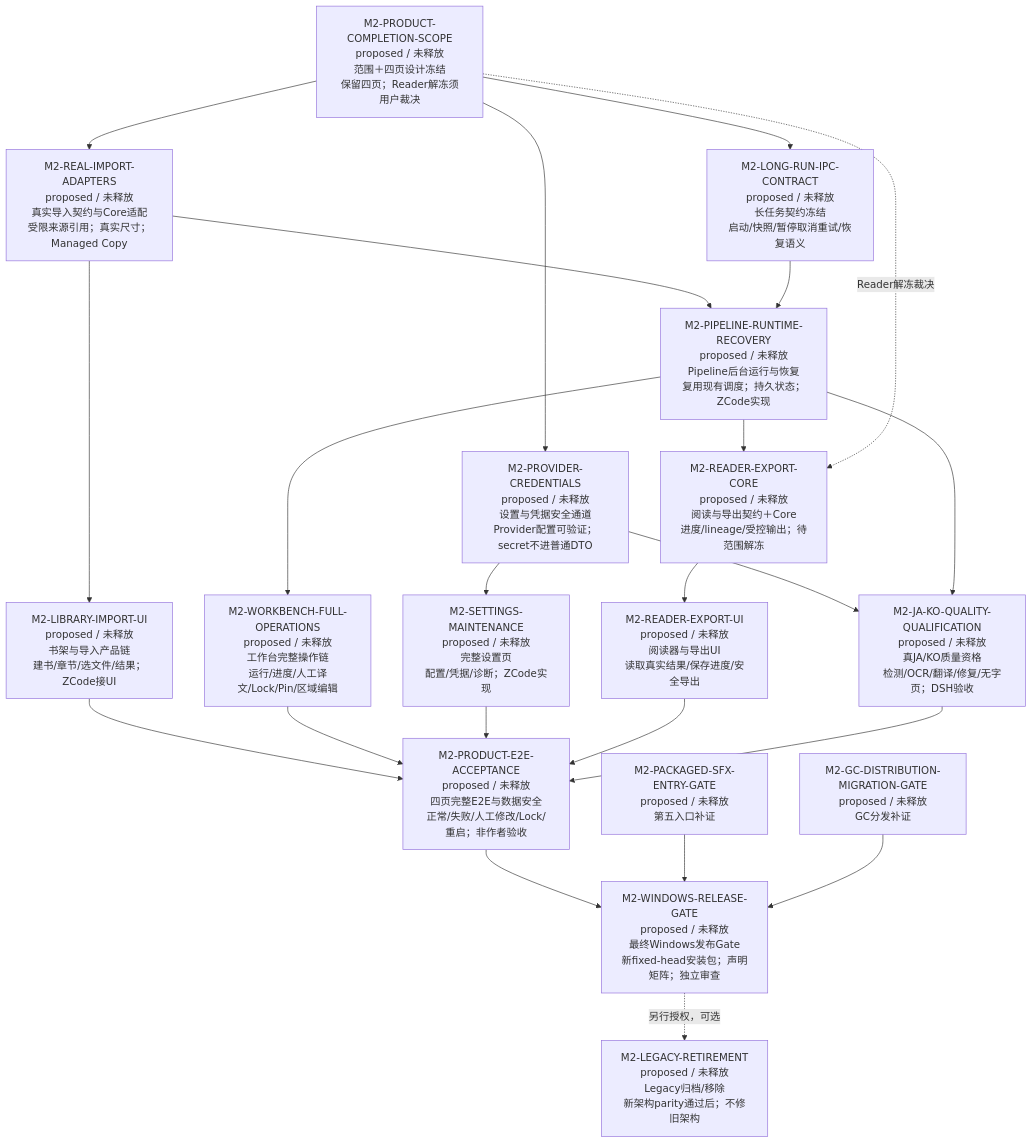
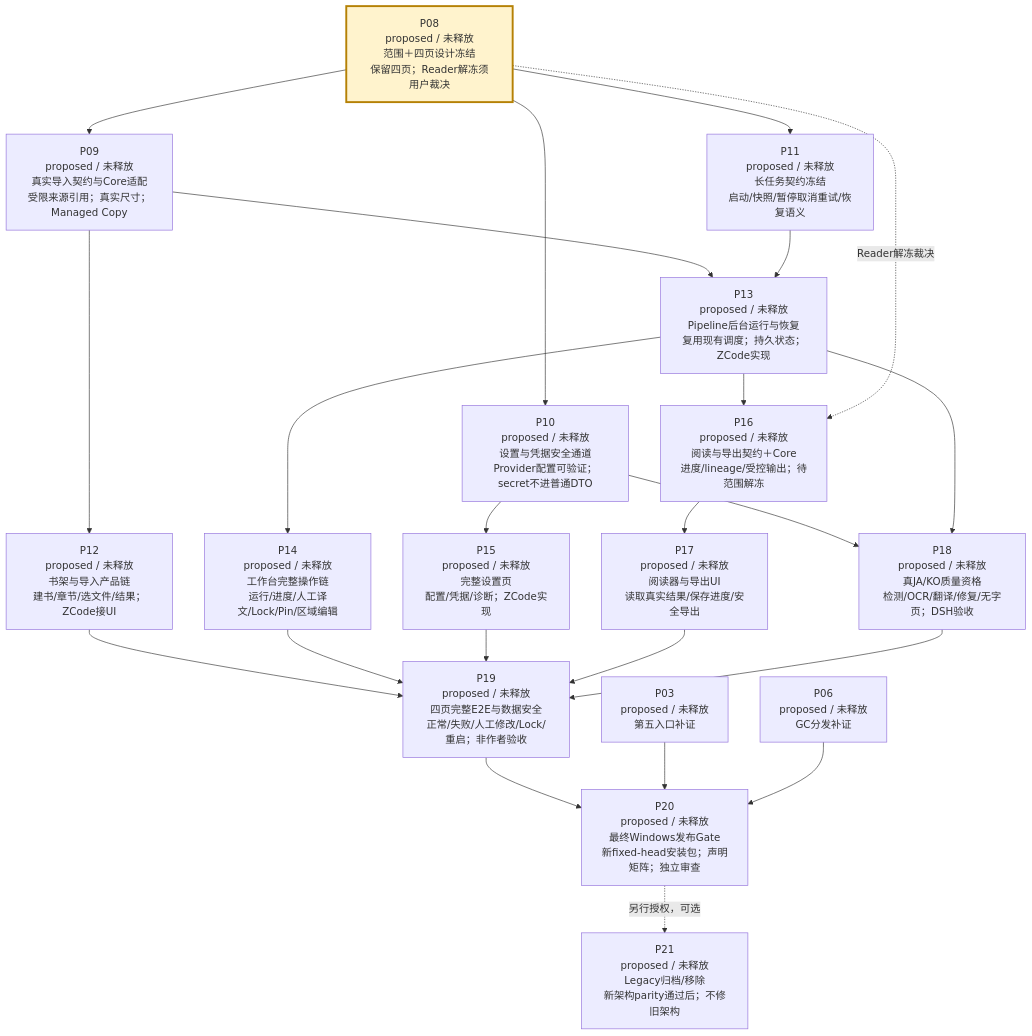
One commit to peakwheat-pixel/New-Manga changed the third of 4 diagrams in verification/PROJECT-ROADMAP-20261008/ROADMAP.md. Above: the diagram before and after it, drawn with Mermaid. The commit also changed other lines of this file and 8 other files, not shown here.

Commit message:
docs: restore consecutive P roadmap numbering and progress markers

````diff
--- a/verification/PROJECT-ROADMAP-20261008/ROADMAP.md
+++ b/verification/PROJECT-ROADMAP-20261008/ROADMAP.md
@@ -42,25 +45,26 @@
 ```mermaid
 flowchart TB
-  M2-PRODUCT-COMPLETION-SCOPE["M2-PRODUCT-COMPLETION-SCOPE<br/>proposed / 未释放<br/>范围＋四页设计冻结<br/>保留四页；Reader解冻须用户裁决"] --> M2-REAL-IMPORT-ADAPTERS["M2-REAL-IMPORT-ADAPTERS<br/>proposed / 未释放<br/>真实导入契约与Core适配<br/>受限来源引用；真实尺寸；Managed Copy"]
-  M2-PRODUCT-COMPLETION-SCOPE --> M2-PROVIDER-CREDENTIALS["M2-PROVIDER-CREDENTIALS<br/>proposed / 未释放<br/>设置与凭据安全通道<br/>Provider配置可验证；secret不进普通DTO"]
-  M2-PRODUCT-COMPLETION-SCOPE --> M2-LONG-RUN-IPC-CONTRACT["M2-LONG-RUN-IPC-CONTRACT<br/>proposed / 未释放<br/>长任务契约冻结<br/>启动/快照/暂停取消重试/恢复语义"]
-  M2-REAL-IMPORT-ADAPTERS --> M2-LIBRARY-IMPORT-UI["M2-LIBRARY-IMPORT-UI<br/>proposed / 未释放<br/>书架与导入产品链<br/>建书/章节/选文件/结果；ZCode接UI"]
-  M2-REAL-IMPORT-ADAPTERS --> M2-PIPELINE-RUNTIME-RECOVERY["M2-PIPELINE-RUNTIME-RECOVERY<br/>proposed / 未释放<br/>Pipeline后台运行与恢复<br/>复用现有调度；持久状态；ZCode实现"]
-  M2-LONG-RUN-IPC-CONTRACT --> M2-PIPELINE-RUNTIME-RECOVERY
-  M2-PIPELINE-RUNTIME-RECOVERY --> M2-WORKBENCH-FULL-OPERATIONS["M2-WORKBENCH-FULL-OPERATIONS<br/>proposed / 未释放<br/>工作台完整操作链<br/>运行/进度/人工译文/Lock/Pin/区域编辑"]
-  M2-PROVIDER-CREDENTIALS --> M2-SETTINGS-MAINTENANCE["M2-SETTINGS-MAINTENANCE<br/>proposed / 未释放<br/>完整设置页<br/>配置/凭据/诊断；ZCode实现"]
-  M2-PIPELINE-RUNTIME-RECOVERY --> M2-READER-EXPORT-CORE["M2-READER-EXPORT-CORE<br/>proposed / 未释放<br/>阅读与导出契约＋Core<br/>进度/lineage/受控输出；待范围解冻"]
-  M2-PRODUCT-COMPLETION-SCOPE -. "Reader解冻裁决" .-> M2-READER-EXPORT-CORE
-  M2-READER-EXPORT-CORE --> M2-READER-EXPORT-UI["M2-READER-EXPORT-UI<br/>proposed / 未释放<br/>阅读器与导出UI<br/>读取真实结果/保存进度/安全导出"]
-  M2-PROVIDER-CREDENTIALS --> M2-JA-KO-QUALITY-QUALIFICATION["M2-JA-KO-QUALITY-QUALIFICATION<br/>proposed / 未释放<br/>真JA/KO质量资格<br/>检测/OCR/翻译/修复/无字页；DSH验收"]
-  M2-PIPELINE-RUNTIME-RECOVERY --> M2-JA-KO-QUALITY-QUALIFICATION
-  M2-LIBRARY-IMPORT-UI --> M2-PRODUCT-E2E-ACCEPTANCE["M2-PRODUCT-E2E-ACCEPTANCE<br/>proposed / 未释放<br/>四页完整E2E与数据安全<br/>正常/失败/人工修改/Lock/重启；非作者验收"]
-  M2-WORKBENCH-FULL-OPERATIONS --> M2-PRODUCT-E2E-ACCEPTANCE
-  M2-SETTINGS-MAINTENANCE --> M2-PRODUCT-E2E-ACCEPTANCE
-  M2-READER-EXPORT-UI --> M2-PRODUCT-E2E-ACCEPTANCE
-  M2-JA-KO-QUALITY-QUALIFICATION --> M2-PRODUCT-E2E-ACCEPTANCE
-  M2-PRODUCT-E2E-ACCEPTANCE --> M2-WINDOWS-RELEASE-GATE["M2-WINDOWS-RELEASE-GATE<br/>proposed / 未释放<br/>最终Windows发布Gate<br/>新fixed-head安装包；声明矩阵；独立审查"]
-  M2-PACKAGED-SFX-ENTRY-GATE["M2-PACKAGED-SFX-ENTRY-GATE<br/>proposed / 未释放<br/>第五入口补证"] --> M2-WINDOWS-RELEASE-GATE
-  M2-GC-DISTRIBUTION-MIGRATION-GATE["M2-GC-DISTRIBUTION-MIGRATION-GATE<br/>proposed / 未释放<br/>GC分发补证"] --> M2-WINDOWS-RELEASE-GATE
-  M2-WINDOWS-RELEASE-GATE -. "另行授权，可选" .-> M2-LEGACY-RETIREMENT["M2-LEGACY-RETIREMENT<br/>proposed / 未释放<br/>Legacy归档/移除<br/>新架构parity通过后；不修旧架构"]
+  P08["P08<br/>proposed / 未释放<br/>范围＋四页设计冻结<br/>保留四页；Reader解冻须用户裁决"] --> P09["P09<br/>proposed / 未释放<br/>真实导入契约与Core适配<br/>受限来源引用；真实尺寸；Managed Copy"]
+  P08 --> P10["P10<br/>proposed / 未释放<br/>设置与凭据安全通道<br/>Provider配置可验证；secret不进普通DTO"]
+  P08 --> P11["P11<br/>proposed / 未释放<br/>长任务契约冻结<br/>启动/快照/暂停取消重试/恢复语义"]
+  P09 --> P12["P12<br/>proposed / 未释放<br/>书架与导入产品链<br/>建书/章节/选文件/结果；ZCode接UI"]
+  P09 --> P13["P13<br/>proposed / 未释放<br/>Pipeline后台运行与恢复<br/>复用现有调度；持久状态；ZCode实现"]
+  P11 --> P13
+  P13 --> P14["P14<br/>proposed / 未释放<br/>工作台完整操作链<br/>运行/进度/人工译文/Lock/Pin/区域编辑"]
+  P10 --> P15["P15<br/>proposed / 未释放<br/>完整设置页<br/>配置/凭据/诊断；ZCode实现"]
+  P13 --> P16["P16<br/>proposed / 未释放<br/>阅读与导出契约＋Core<br/>进度/lineage/受控输出；待范围解冻"]
+  P08 -. "Reader解冻裁决" .-> P16
+  P16 --> P17["P17<br/>proposed / 未释放<br/>阅读器与导出UI<br/>读取真实结果/保存进度/安全导出"]
+  P10 --> P18["P18<br/>proposed / 未释放<br/>真JA/KO质量资格<br/>检测/OCR/翻译/修复/无字页；DSH验收"]
+  P13 --> P18
+  P12 --> P19["P19<br/>proposed / 未释放<br/>四页完整E2E与数据安全<br/>正常/失败/人工修改/Lock/重启；非作者验收"]
+  P14 --> P19
+  P15 --> P19
+  P17 --> P19
+  P18 --> P19
+  P19 --> P20["P20<br/>proposed / 未释放<br/>最终Windows发布Gate<br/>新fixed-head安装包；声明矩阵；独立审查"]
+  P03["P03<br/>proposed / 未释放<br/>第五入口补证"] --> P20
+  P06["P06<br/>proposed / 未释放<br/>GC分发补证"] --> P20
+  P20 -. "另行授权，可选" .-> P21["P21<br/>proposed / 未释放<br/>Legacy归档/移除<br/>新架构parity通过后；不修旧架构"]
+  style P08 fill:#fff3cd,stroke:#b58105,stroke-width:3px
 ```
````
